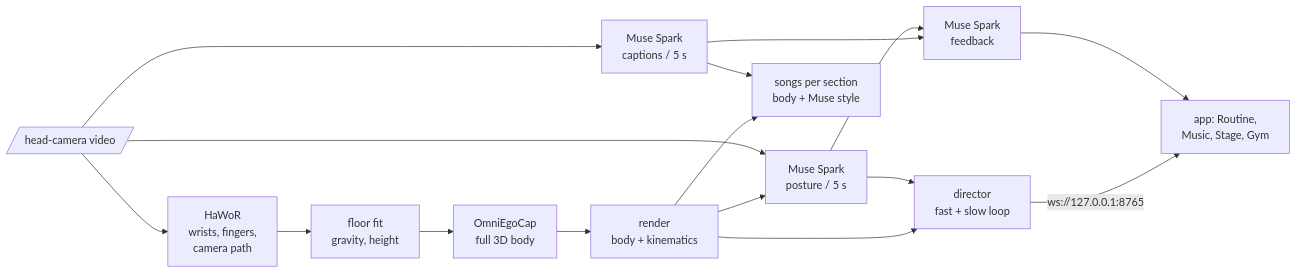
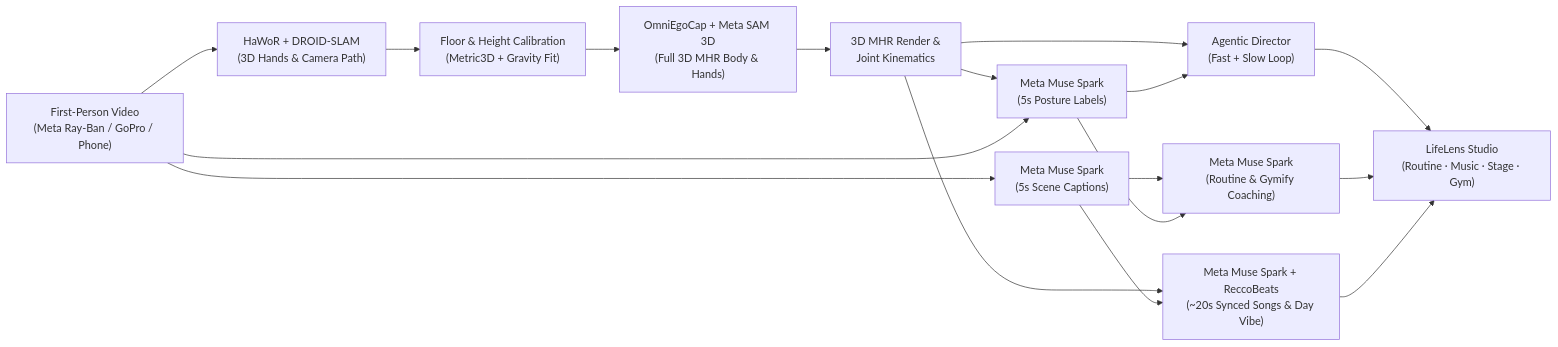
Before and after one commit to nshreyasvi/LifeLens: the diagram in README.md, drawn with Mermaid. The commit also changed other lines of this file and 9 other files, not shown here.

Commit message:
Make UI user-friendly, remove live messages, add Day Vibe & Next-Time music picks, highlight Meta Muse Spark / SAM 3D / MHR in README

````diff
--- a/README.md
+++ b/README.md
@@ -128,14 +112,14 @@
 ```mermaid
 flowchart LR
-  V[/head-camera video/] --> H[HaWoR<br/>wrists, fingers,<br/>camera path]
-  H --> F[floor fit<br/>gravity, height]
-  F --> O[OmniEgoCap<br/>full 3D body]
-  O --> R[render<br/>body + kinematics]
-  V --> M[Muse Spark<br/>captions / 5 s]
-  R & V --> I[Muse Spark<br/>posture / 5 s]
-  M & I --> T[Muse Spark<br/>feedback]
-  R & M --> S[songs per section<br/>body + Muse style]
-  R & I --> D[director<br/>fast + slow loop]
-  D -->|ws://127.0.0.1:8765| UI[app: Routine,<br/>Music, Stage, Gym]
-  T --> UI
+  V["First-Person Video<br/>(Meta Ray-Ban / GoPro / Phone)"] --> H["HaWoR + DROID-SLAM<br/>(3D Hands & Camera Path)"]
+  H --> F["Floor & Height Calibration<br/>(Metric3D + Gravity Fit)"]
+  F --> O["OmniEgoCap + Meta SAM 3D<br/>(Full 3D MHR Body & Hands)"]
+  O --> R["3D MHR Render &<br/>Joint Kinematics"]
+  V --> M["Meta Muse Spark<br/>(5s Scene Captions)"]
+  R & V --> I["Meta Muse Spark<br/>(5s Posture Labels)"]
+  M & I --> T["Meta Muse Spark<br/>(Routine & Gymify Coaching)"]
+  R & M --> S["Meta Muse Spark + ReccoBeats<br/>(~20s Synced Songs & Day Vibe)"]
+  R & I --> D["Agentic Director<br/>(Fast + Slow Loop)"]
+  D --> UI["LifeLens Studio<br/>(Routine · Music · Stage · Gym)"]
+  T & S --> UI
 ```
````
